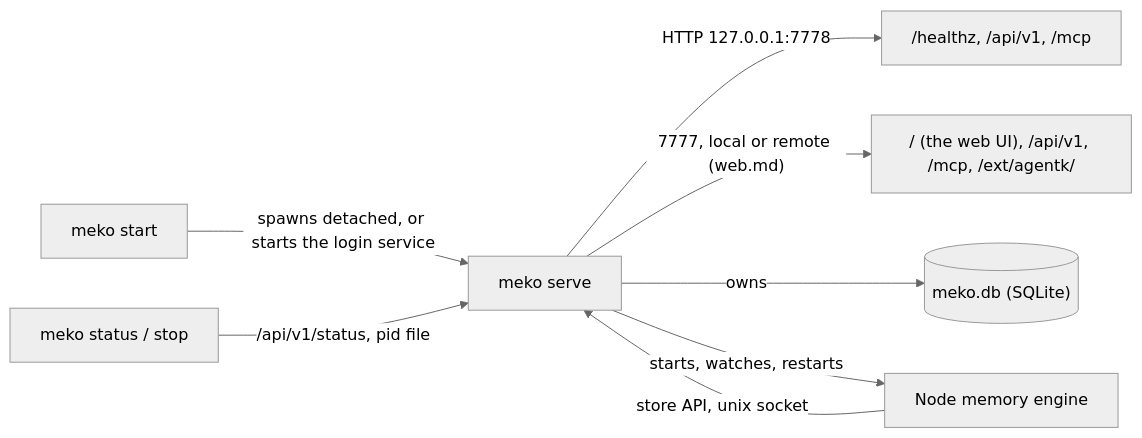
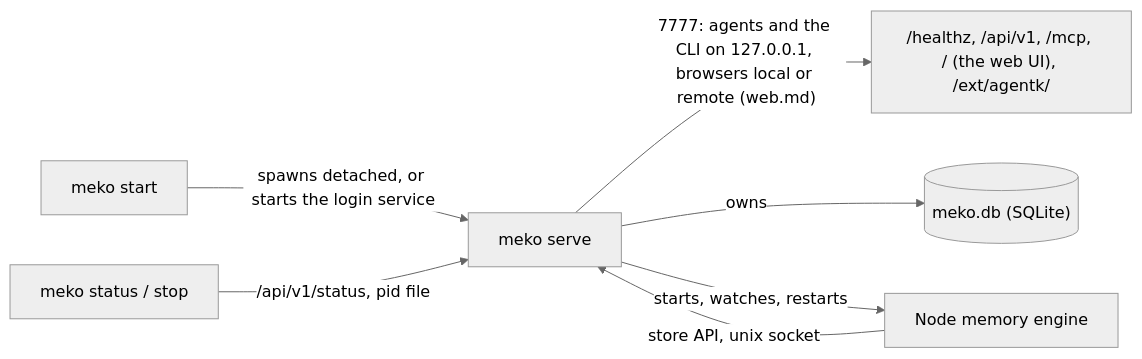
One commit to yugabyte/meko changed the diagram in src/meko/docs/design.md. Above: the diagram before and after it, drawn with Mermaid (neutral theme). The commit also changed other lines of this file and 62 other files, not shown here.

First line of the commit message:
feat(meko)!: serve agents and browsers on one port, 7777

````diff
--- a/src/meko/docs/design.md
+++ b/src/meko/docs/design.md
@@ -29,10 +29,9 @@
 ```mermaid
 flowchart LR
   cli["meko start"] -->|"spawns detached, or starts the login service"| serve["meko serve"]
-  serve -->|"HTTP 127.0.0.1:7778"| api["/healthz, /api/v1, /mcp"]
-  serve -->|"7777, local or remote (web.md)"| web["/ (the web UI), /api/v1, /mcp, /ext/agentk/"]
+  serve -->|"7777: agents and the CLI on 127.0.0.1, browsers local or remote (web.md)"| web["/healthz, /api/v1, /mcp, / (the web UI), /ext/agentk/"]
   serve -->|"owns"| db[("meko.db (SQLite)")]
   serve -->|"starts, watches, restarts"| memory_engine["Node memory engine"]
   memory_engine -->|"store API, unix socket"| serve
   status["meko status / stop"] -->|"/api/v1/status, pid file"| serve
 ```
````
